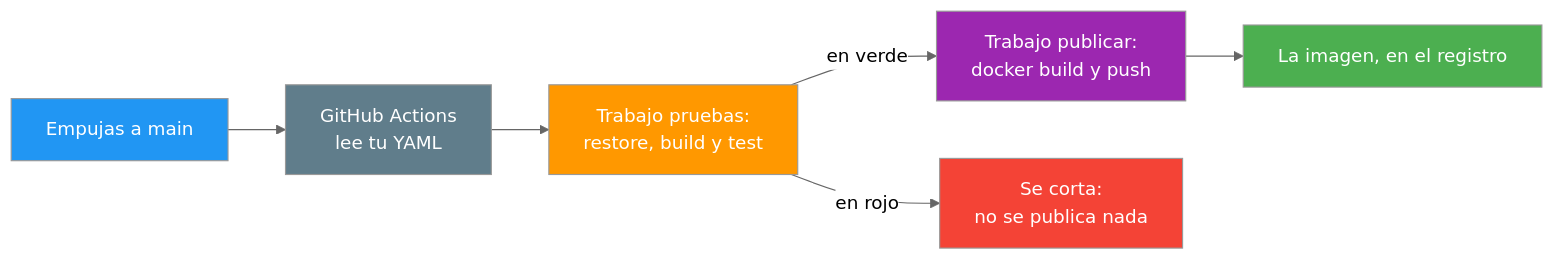
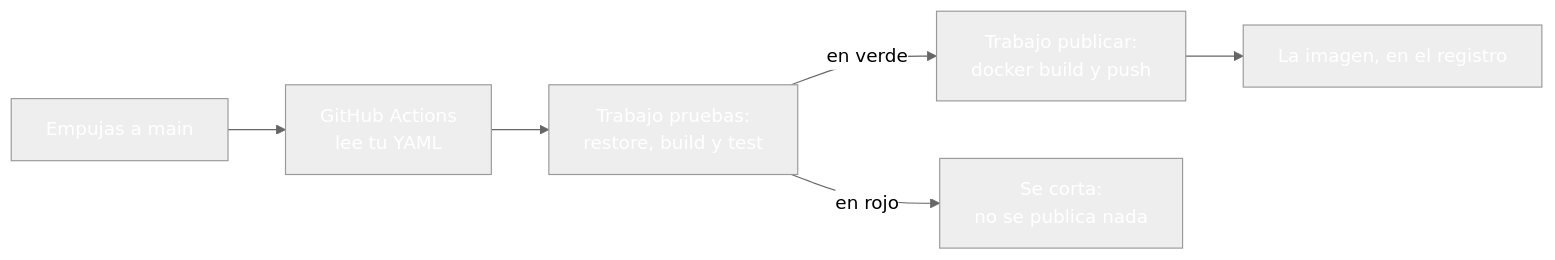
Before and after one commit to joseluisgs/DesarrolloWebEntornosServidor-03-2026-2027: the sixth of 6 diagrams in 25-docker-despliegue.md, drawn with Mermaid (neutral theme). The commit also changed other lines of this file and 30 other files, not shown here.

````diff
--- a/25-docker-despliegue.md
+++ b/25-docker-despliegue.md
@@ -335,14 +335,14 @@
 ```mermaid
 graph LR
     C["Empujas a main"] --> A["GitHub Actions<br/>lee tu YAML"]
     A --> P["Trabajo pruebas:<br/>restore, build y test"]
     P -->|"en verde"| D["Trabajo publicar:<br/>docker build y push"]
     P -->|"en rojo"| N["Se corta:<br/>no se publica nada"]
     D --> R["La imagen, en el registro"]
-    style C fill:#2196F3,color:#fff
-    style A fill:#607D8B,color:#fff
-    style P fill:#FF9800,color:#fff
-    style D fill:#9C27B0,color:#fff
-    style N fill:#f44336,color:#fff
-    style R fill:#4CAF50,color:#fff
+    style C fill:#2196F,color:#fff3,color:#fff
+    style A fill:#607D8,color:#fffB,color:#fff
+    style P fill:#FF980,color:#fff0,color:#fff
+    style D fill:#9C27B,color:#fff0,color:#fff
+    style N fill:#f4433,color:#fff6,color:#fff
+    style R fill:#4CAF5,color:#fff0,color:#fff
 ```
````
